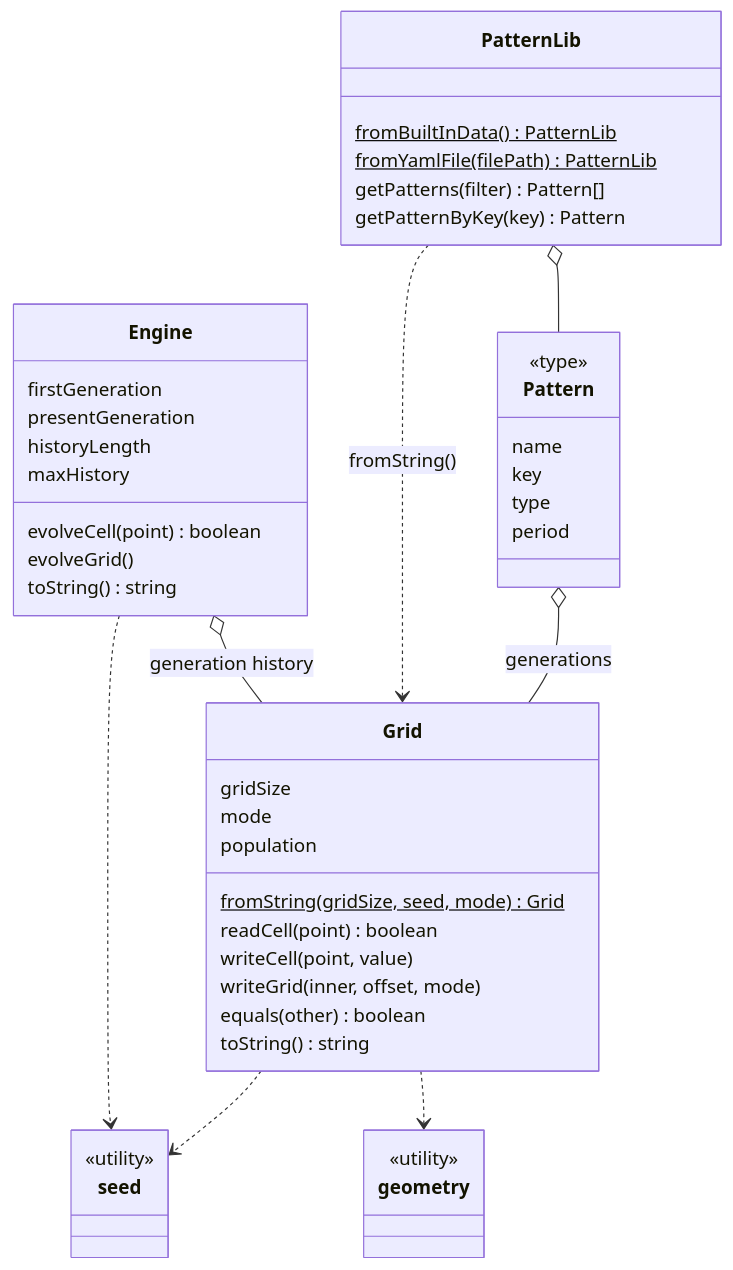
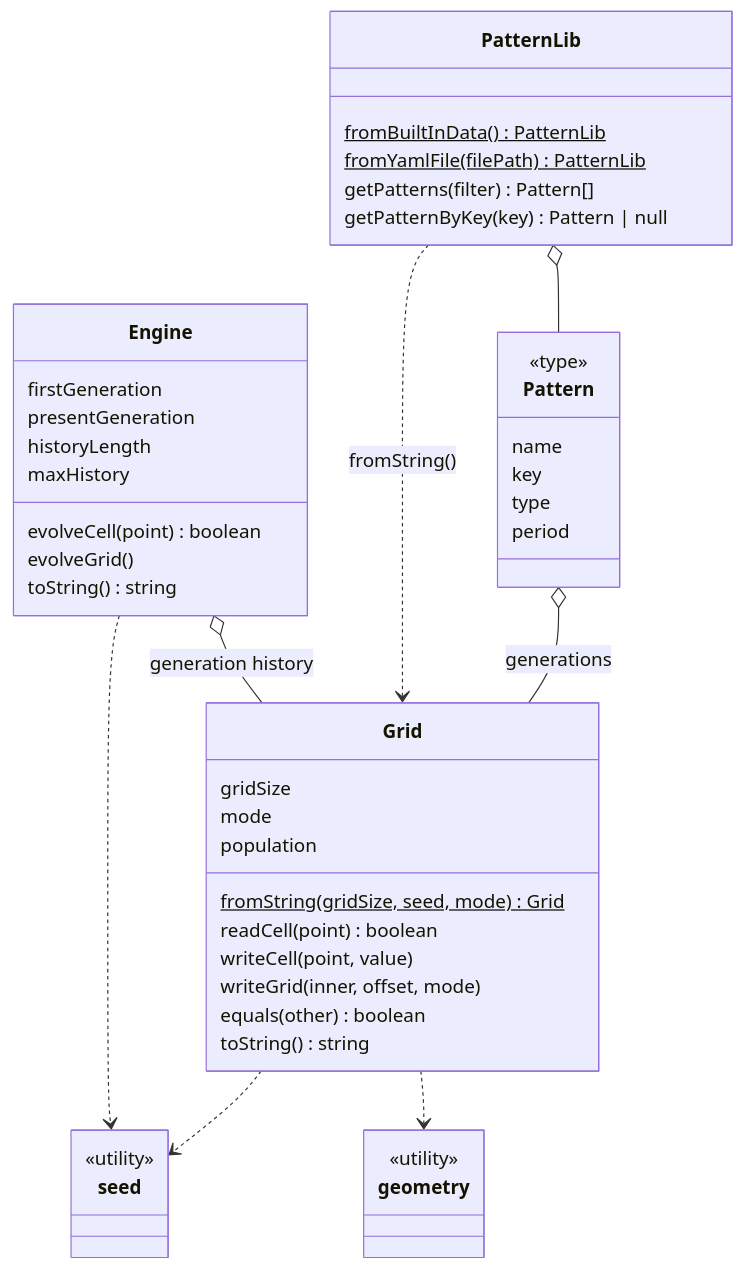
One commit to hidarikani/game-of-life-engine changed the diagram in DEVELOPMENT.md. Above: the diagram before and after it, drawn with Mermaid. The commit also changed 16 other files, not shown here.

````diff
--- a/DEVELOPMENT.md
+++ b/DEVELOPMENT.md
@@ -41,50 +41,50 @@
 ```mermaid
 classDiagram
     class Grid {
         gridSize
         mode
         population
         fromString(gridSize, seed, mode)$ Grid
         readCell(point) boolean
         writeCell(point, value)
         writeGrid(inner, offset, mode)
         equals(other) boolean
         toString() string
     }
     class Engine {
         firstGeneration
         presentGeneration
         historyLength
         maxHistory
         evolveCell(point) boolean
         evolveGrid()
         toString() string
     }
     class PatternLib {
         fromBuiltInData()$ PatternLib
         fromYamlFile(filePath)$ PatternLib
         getPatterns(filter) Pattern[]
-        getPatternByKey(key) Pattern
+        getPatternByKey(key) Pattern | null
     }
     class Pattern {
         <<type>>
         name
         key
         type
         period
     }
     class geometry {
         <<utility>>
     }
     class seed {
         <<utility>>
     }
 
     Engine o-- Grid : generation history
     PatternLib o-- Pattern
     Pattern o-- Grid : generations
     PatternLib ..> Grid : fromString()
     Grid ..> geometry
     Grid ..> seed
     Engine ..> seed
 ```
````
